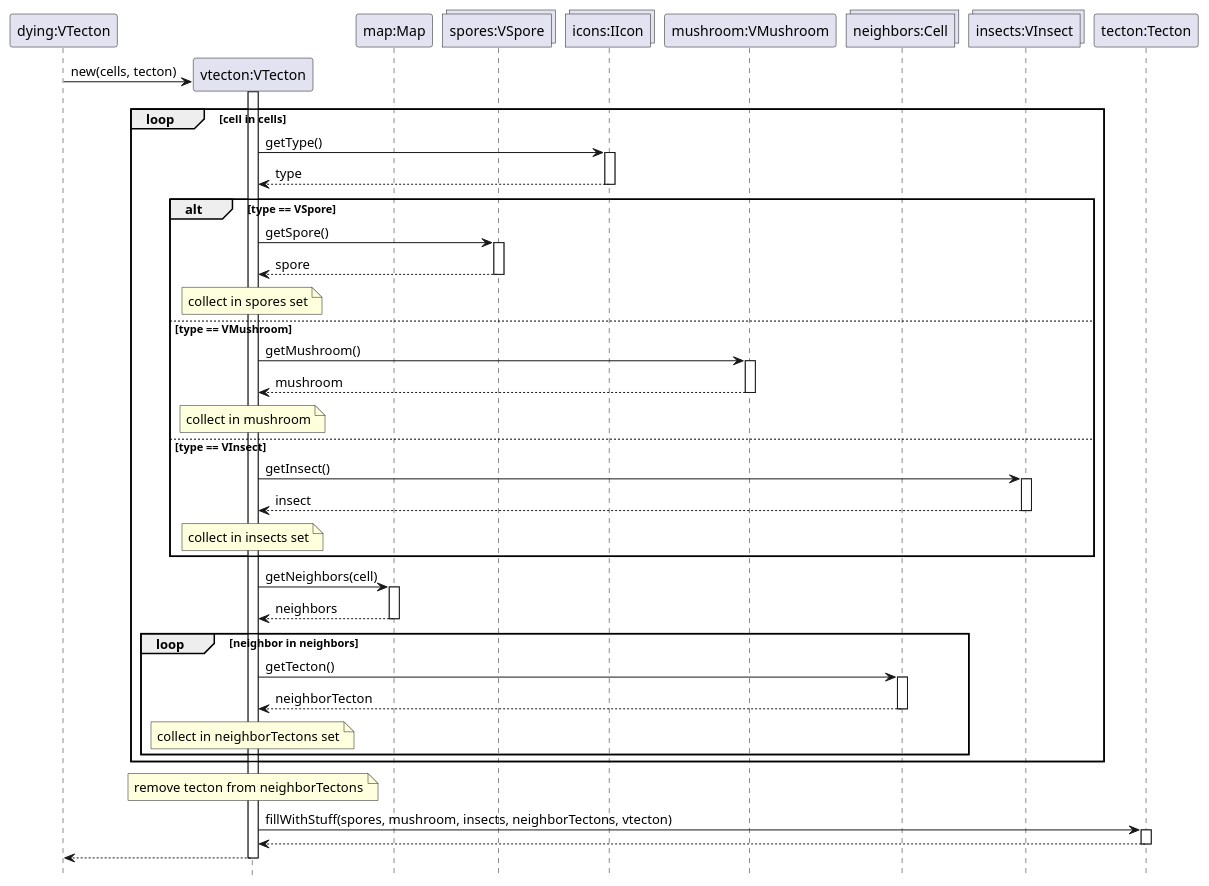
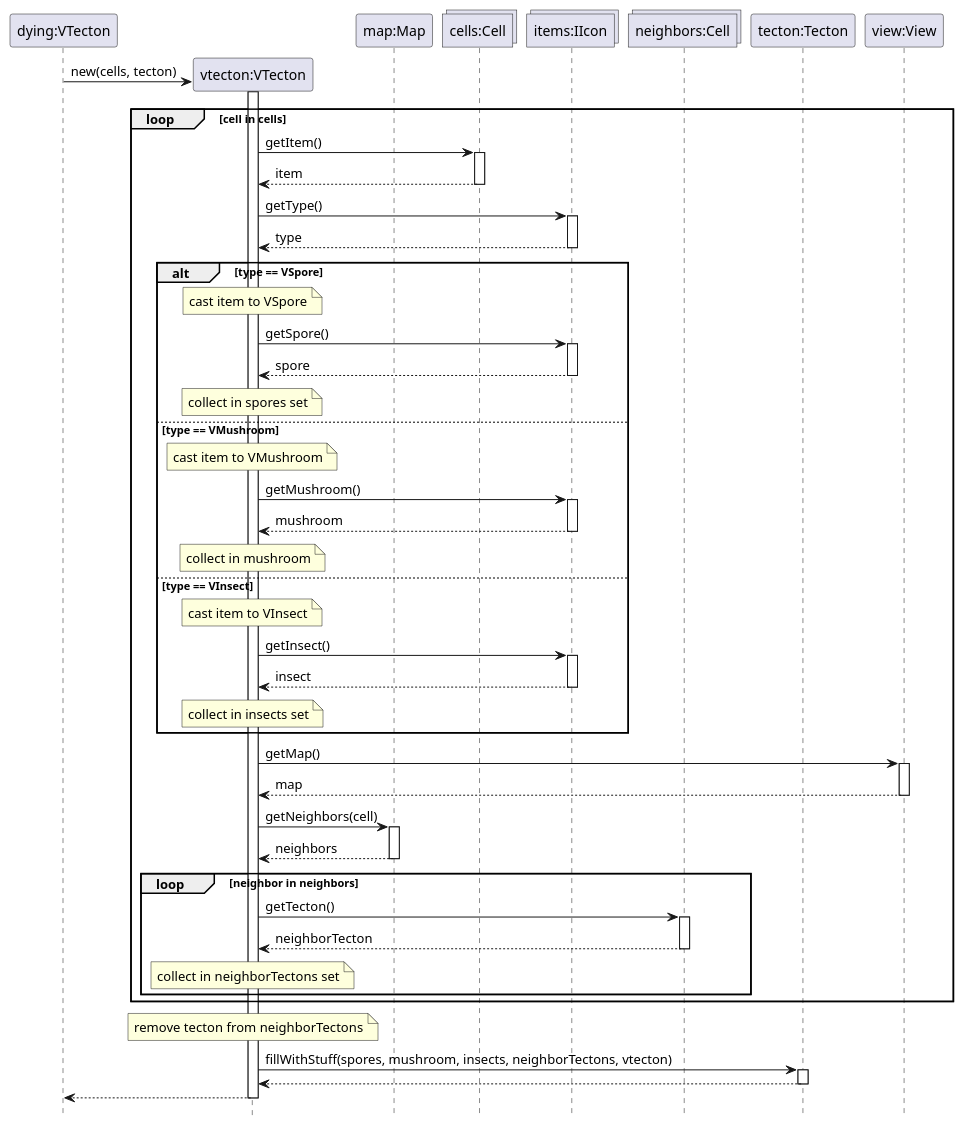
The diagram in GuiPlan/vtectonctor.puml (ZD4ve/projlab-error521), drawn with PlantUML before and after one commit. The commit also changed 1 other file, not shown here.

```diff
--- a/GuiPlan/vtectonctor.puml
+++ b/GuiPlan/vtectonctor.puml
@@ -1,73 +1,80 @@
 @startuml VTectonCtor
 hide footbox
 
 participant "dying:VTecton" as dying
 participant "vtecton:VTecton" as vtecton
 participant "map:Map" as map
-collections "spores:VSpore" as spores
-collections "icons:IIcon" as icons
-participant "mushroom:VMushroom" as mushroom
+collections "cells:Cell" as cells
+collections "items:IIcon" as items
 collections "neighbors:Cell" as neighbors
-collections "insects:VInsect" as insects
 participant "tecton:Tecton" as tecton
+participant "view:View" as view
 
 create vtecton
 dying -> vtecton : new(cells, tecton)
 activate vtecton
 
 loop cell in cells
-    vtecton -> icons : getType()
-    activate icons
 
+    vtecton -> cells : getItem()
+    activate cells
+    return item
+    vtecton -> items : getType()
+    activate items
     return type
 
     alt type == VSpore
-        vtecton -> spores : getSpore()
-        activate spores
+        note over vtecton : cast item to VSpore
+        vtecton -> items : getSpore()
+        activate items
 
         return spore
 
         note over vtecton : collect in spores set
     
 
     else type == VMushroom
-        vtecton -> mushroom : getMushroom()
-        activate mushroom
+        note over vtecton : cast item to VMushroom
+        vtecton -> items : getMushroom()
+        activate items
 
         return mushroom
         
         note over vtecton : collect in mushroom 
     
 
     else type == VInsect
-        vtecton -> insects : getInsect()
-        activate insects
+        note over vtecton : cast item to VInsect
+        vtecton -> items : getInsect()
+        activate items
 
         return insect
 
         note over vtecton : collect in insects set
     end
 
+    vtecton -> view : getMap()
+    activate view
+    return map
     vtecton -> map : getNeighbors(cell)
     activate map
-
     return neighbors
 
     loop neighbor in neighbors
         vtecton -> neighbors : getTecton()
         activate neighbors
 
         return neighborTecton
     
         note over vtecton : collect in neighborTectons set
     end
 end
 
 note over vtecton : remove tecton from neighborTectons
 
 vtecton -> tecton : fillWithStuff(spores, mushroom, insects, neighborTectons, vtecton)
 activate tecton
 return
 
 return
 @enduml
```
